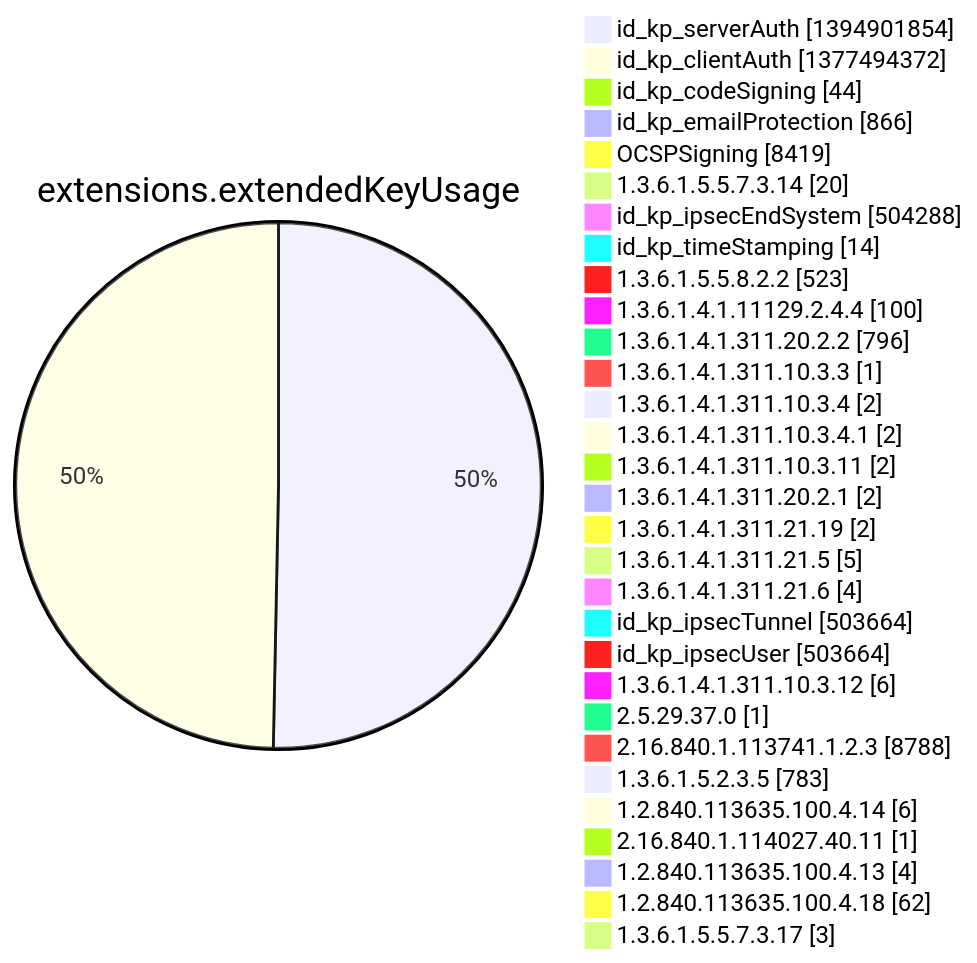
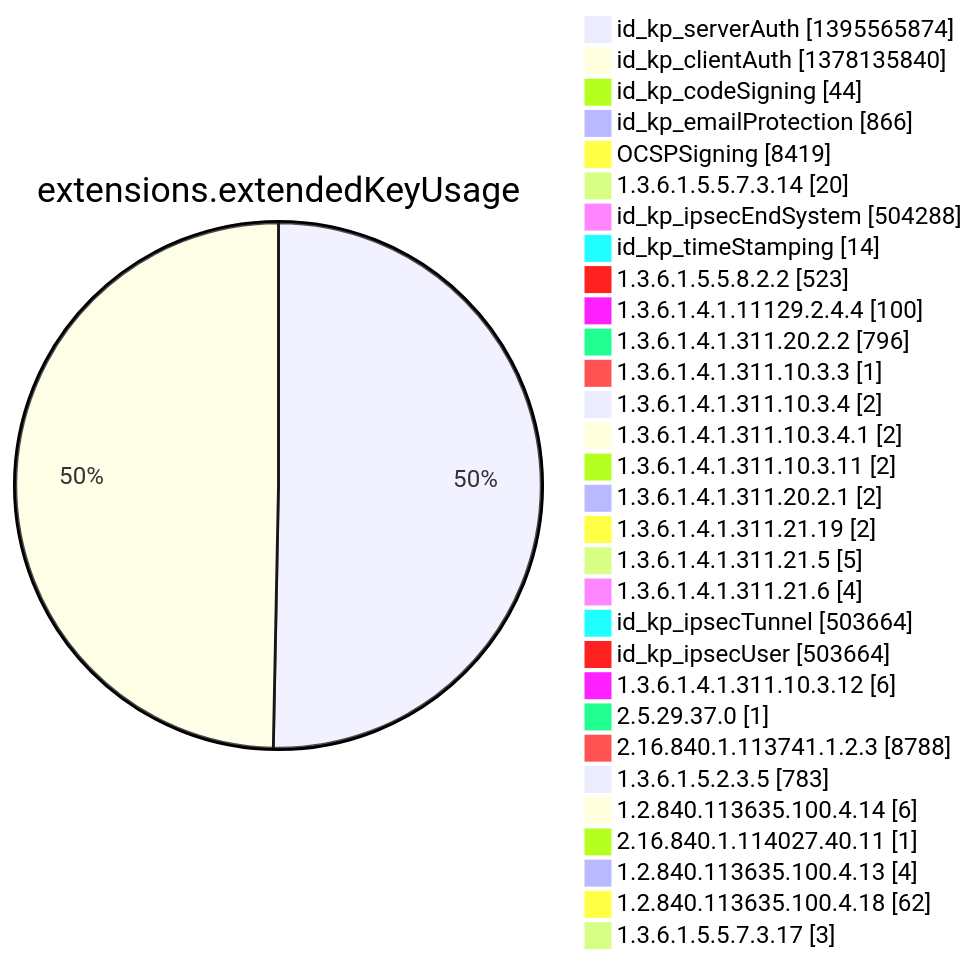
One commit to christiankrug/ctmonitor_visualization changed diagram 12 of 15 in argon2022/README.md. Above: the diagram before and after it, drawn with Mermaid. The commit also changed other lines of this file, not shown here.

````diff
--- a/argon2022/README.md
+++ b/argon2022/README.md
@@ -3554,34 +3554,34 @@
 ```mermaid
 pie showData
 title extensions.extendedKeyUsage
-"id_kp_serverAuth" :1394901854
-"id_kp_clientAuth" :1377494372
+"id_kp_serverAuth" :1395565874
+"id_kp_clientAuth" :1378135840
 "id_kp_codeSigning" :44
 "id_kp_emailProtection" :866
 "OCSPSigning" :8419
 "1.3.6.1.5.5.7.3.14" :20
 "id_kp_ipsecEndSystem" :504288
 "id_kp_timeStamping" :14
 "1.3.6.1.5.5.8.2.2" :523
 "1.3.6.1.4.1.11129.2.4.4" :100
 "1.3.6.1.4.1.311.20.2.2" :796
 "1.3.6.1.4.1.311.10.3.3" :1
 "1.3.6.1.4.1.311.10.3.4" :2
 "1.3.6.1.4.1.311.10.3.4.1" :2
 "1.3.6.1.4.1.311.10.3.11" :2
 "1.3.6.1.4.1.311.20.2.1" :2
 "1.3.6.1.4.1.311.21.19" :2
 "1.3.6.1.4.1.311.21.5" :5
 "1.3.6.1.4.1.311.21.6" :4
 "id_kp_ipsecTunnel" :503664
 "id_kp_ipsecUser" :503664
 "1.3.6.1.4.1.311.10.3.12" :6
 "2.5.29.37.0" :1
 "2.16.840.1.113741.1.2.3" :8788
 "1.3.6.1.5.2.3.5" :783
 "1.2.840.113635.100.4.14" :6
 "2.16.840.1.114027.40.11" :1
 "1.2.840.113635.100.4.13" :4
 "1.2.840.113635.100.4.18" :62
 "1.3.6.1.5.5.7.3.17" :3
 ```
````
